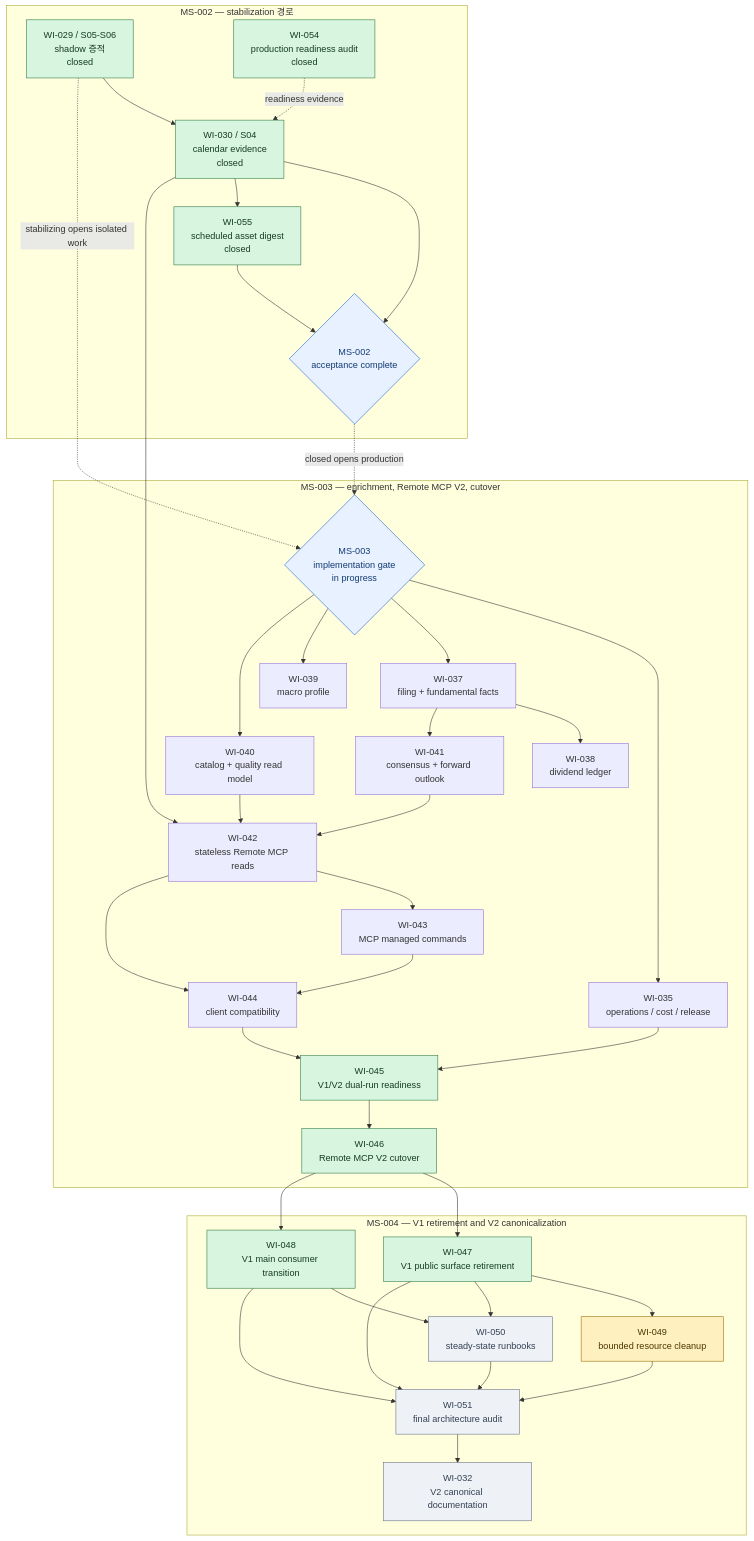
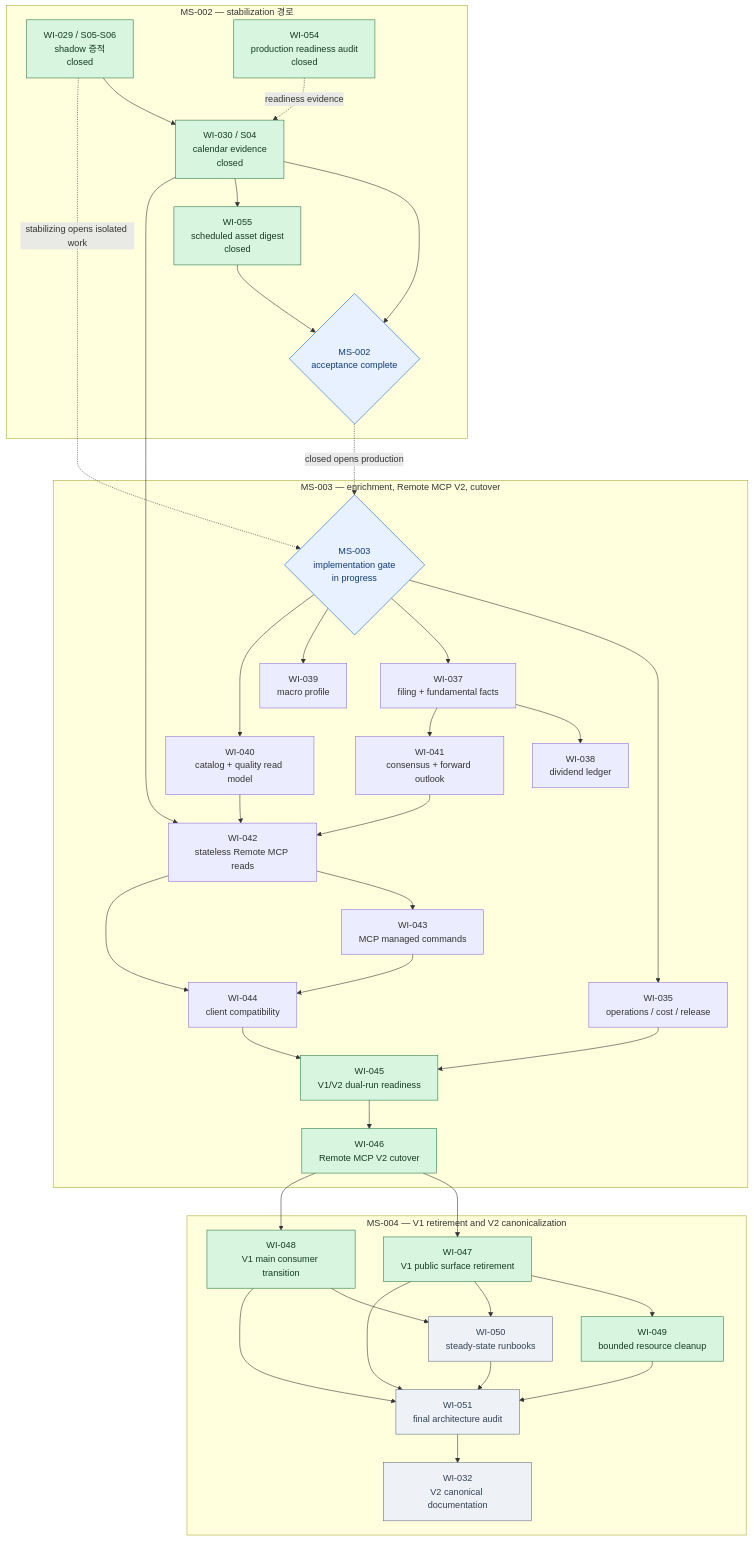
One commit to meringue5/KIS_Portfolio_MCP changed the third of 3 diagrams in docs/milestones/README.md. Above: the diagram before and after it, drawn with Mermaid. The commit also changed other lines of this file and 6 other files, not shown here.

````diff
--- a/docs/milestones/README.md
+++ b/docs/milestones/README.md
@@ -142,81 +142,80 @@
 ```mermaid
 flowchart TB
     subgraph M2["MS-002 — stabilization 경로"]
         W29["WI-029 / S05-S06<br/>shadow 증적<br/>closed"]
         W30["WI-030 / S04<br/>calendar evidence<br/>closed"]
         W54["WI-054<br/>production readiness audit<br/>closed"]
         W55["WI-055<br/>scheduled asset digest<br/>closed"]
         M2DONE{"MS-002<br/>acceptance complete"}
         W29 --> W30 --> M2DONE
         W30 --> W55 --> M2DONE
         W54 -. readiness evidence .-> W30
     end
 
     subgraph M3["MS-003 — enrichment, Remote MCP V2, cutover"]
         M3OPEN{"MS-003<br/>implementation gate<br/>in progress"}
         W35["WI-035<br/>operations / cost / release"]
         W37["WI-037<br/>filing + fundamental facts"]
         W38["WI-038<br/>dividend ledger"]
         W39["WI-039<br/>macro profile"]
         W40["WI-040<br/>catalog + quality read model"]
         W41["WI-041<br/>consensus + forward outlook"]
         W42["WI-042<br/>stateless Remote MCP reads"]
         W43["WI-043<br/>MCP managed commands"]
         W44["WI-044<br/>client compatibility"]
         W45["WI-045<br/>V1/V2 dual-run readiness"]
         W46["WI-046<br/>Remote MCP V2 cutover"]
 
         M3OPEN --> W35
         M3OPEN --> W37
         M3OPEN --> W39
         M3OPEN --> W40
         W37 --> W38
         W37 --> W41
         W30 --> W42
         W40 --> W42
         W41 --> W42
         W42 --> W43
         W42 --> W44
         W43 --> W44
         W35 --> W45
         W44 --> W45 --> W46
     end
 
     subgraph M4["MS-004 — V1 retirement and V2 canonicalization"]
         W47["WI-047<br/>V1 public surface retirement"]
         W48["WI-048<br/>V1 main consumer transition"]
         W49["WI-049<br/>bounded resource cleanup"]
         W50["WI-050<br/>steady-state runbooks"]
         W51["WI-051<br/>final architecture audit"]
         W32["WI-032<br/>V2 canonical documentation"]
 
         W46 --> W47
         W46 --> W48
         W47 --> W49
         W47 --> W50
         W48 --> W50
         W47 --> W51
         W48 --> W51
         W49 --> W51
         W50 --> W51
         W51 --> W32
     end
 
     W29 -. stabilizing opens isolated work .-> M3OPEN
     M2DONE -. closed opens production .-> M3OPEN
 
     classDef active fill:#fff1bf,stroke:#9a6b00,color:#4b3500;
     classDef closed fill:#d7f5df,stroke:#2d7a46,color:#173b24;
     classDef ready fill:#e8f1ff,stroke:#175cd3,color:#123b72;
     classDef blocked fill:#fde2e2,stroke:#b42318,color:#5b1712;
     classDef proposed fill:#eef1f5,stroke:#667085,color:#344054;
     classDef gate fill:#e8f1ff,stroke:#175cd3,color:#123b72;
     class W29,W30,W54,W55 closed;
     class W35,W40 verified;
     class W37,W38,W39,W41,W42,W43,W44 verified;
     class W45 closed;
-    class W46,W47,W48 closed;
-    class W49 active;
+    class W46,W47,W48,W49 closed;
     class W50,W51,W32 proposed;
     class M2DONE,M3OPEN gate;
 ```
````
